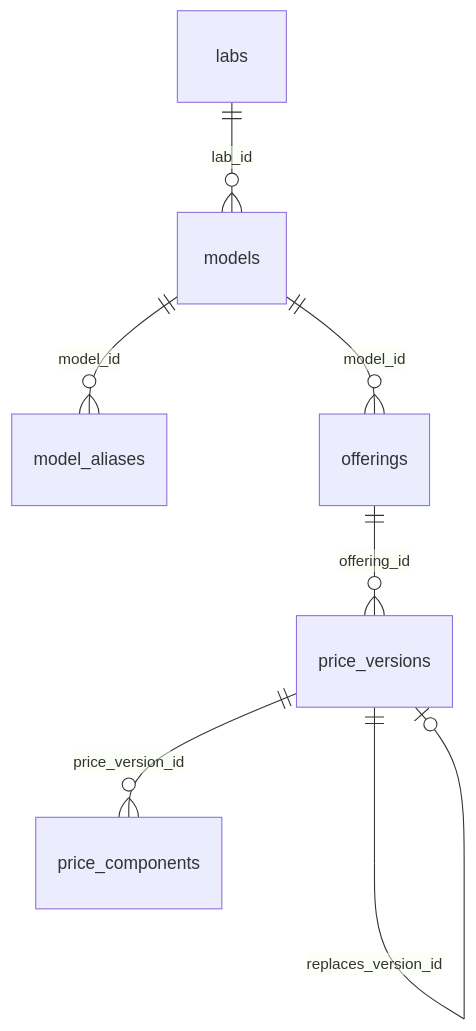
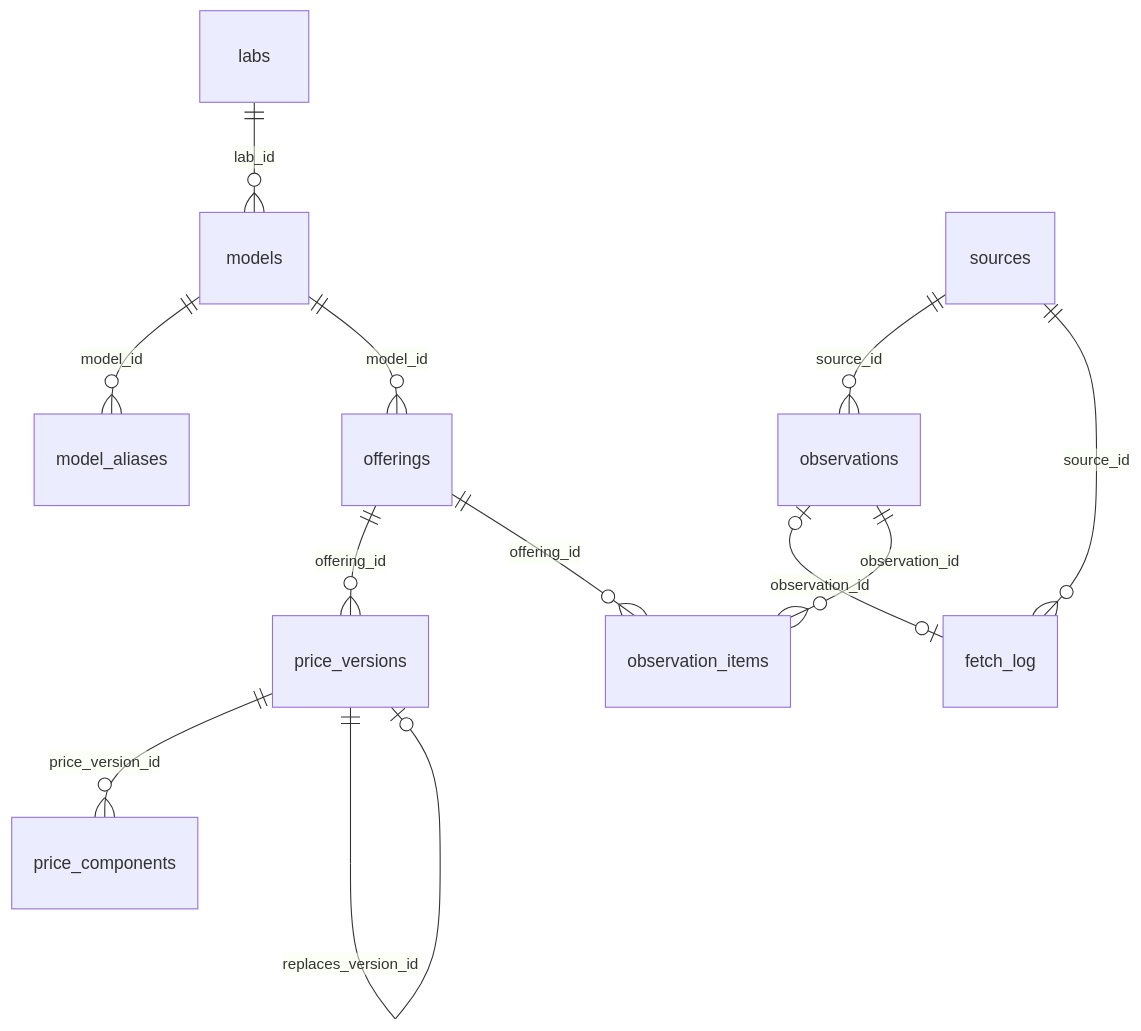
Before and after one commit to theidlebranch/priceTrail: the diagram in docs/price-tables.md, drawn with Mermaid. The commit also changed other lines of this file and 12 other files, not shown here.

````diff
--- a/docs/price-tables.md
+++ b/docs/price-tables.md
@@ -11,9 +11,14 @@
 ```mermaid
 erDiagram
   labs ||--o{ models : "lab_id"
   models ||--o{ model_aliases : "model_id"
   models ||--o{ offerings : "model_id"
   offerings ||--o{ price_versions : "offering_id"
   price_versions ||--o{ price_components : "price_version_id"
   price_versions ||--o| price_versions : "replaces_version_id"
+  sources ||--o{ observations : "source_id"
+  sources ||--o{ fetch_log : "source_id"
+  observations |o--o| fetch_log : "observation_id"
+  observations ||--o{ observation_items : "observation_id"
+  offerings ||--o{ observation_items : "offering_id"
 ```
````
